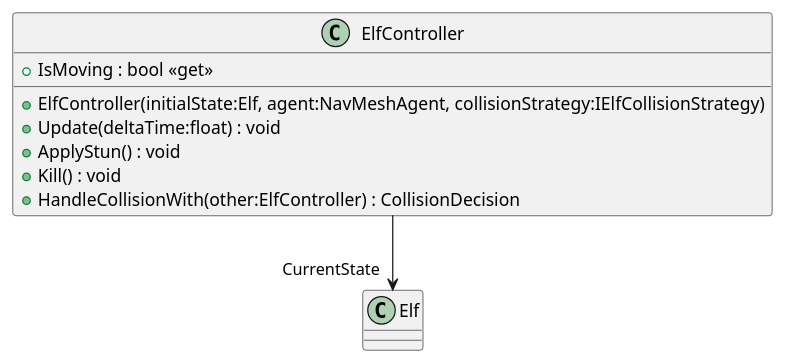
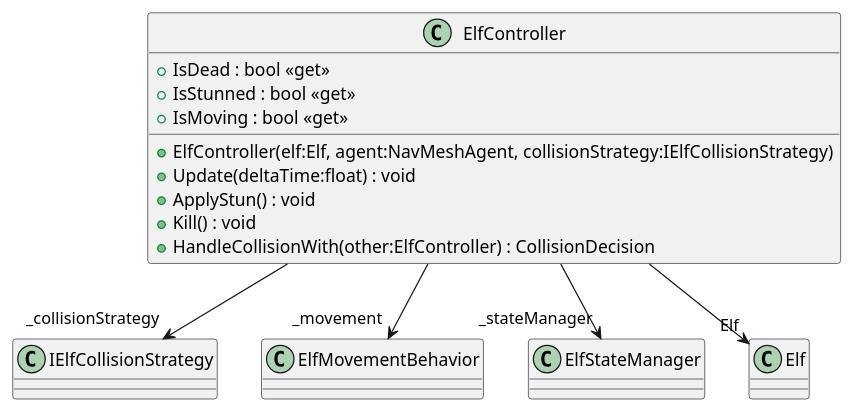
Before and after one commit to felipemmax/ExplodingElves: the diagram in puml/Assets/ExplodingElves/Scripts/Core/Characters/ElfController.puml, drawn with PlantUML. The commit also changed 97 other files, not shown here.

```diff
--- a/puml/Assets/ExplodingElves/Scripts/Core/Characters/ElfController.puml
+++ b/puml/Assets/ExplodingElves/Scripts/Core/Characters/ElfController.puml
@@ -1,11 +1,16 @@
 @startuml
 class ElfController {
-    + ElfController(initialState:Elf, agent:NavMeshAgent, collisionStrategy:IElfCollisionStrategy)
+    + ElfController(elf:Elf, agent:NavMeshAgent, collisionStrategy:IElfCollisionStrategy)
+    + IsDead : bool <<get>>
+    + IsStunned : bool <<get>>
     + IsMoving : bool <<get>>
     + Update(deltaTime:float) : void
     + ApplyStun() : void
     + Kill() : void
     + HandleCollisionWith(other:ElfController) : CollisionDecision
 }
-ElfController --> "CurrentState" Elf
+ElfController --> "_collisionStrategy" IElfCollisionStrategy
+ElfController --> "_movement" ElfMovementBehavior
+ElfController --> "_stateManager" ElfStateManager
+ElfController --> "Elf" Elf
 @enduml
```
